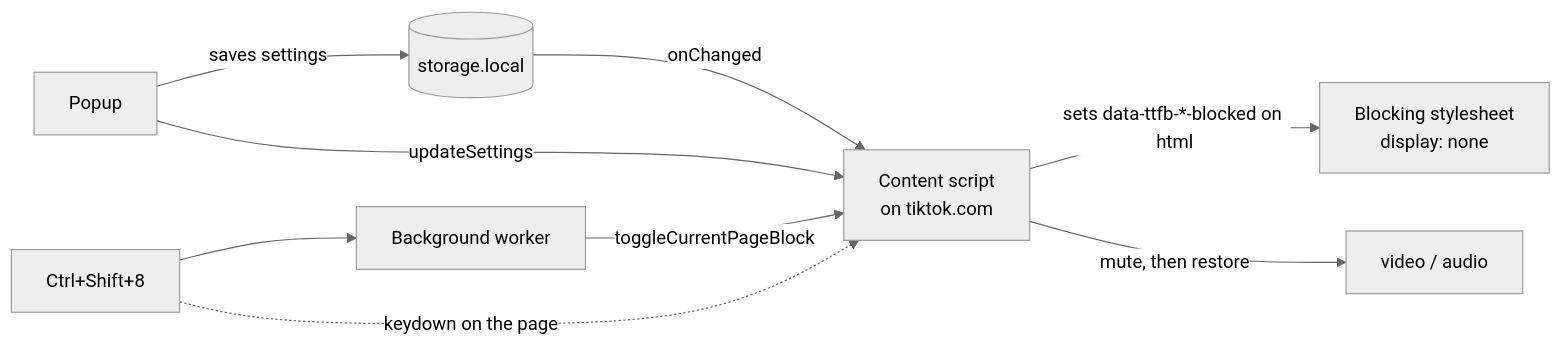
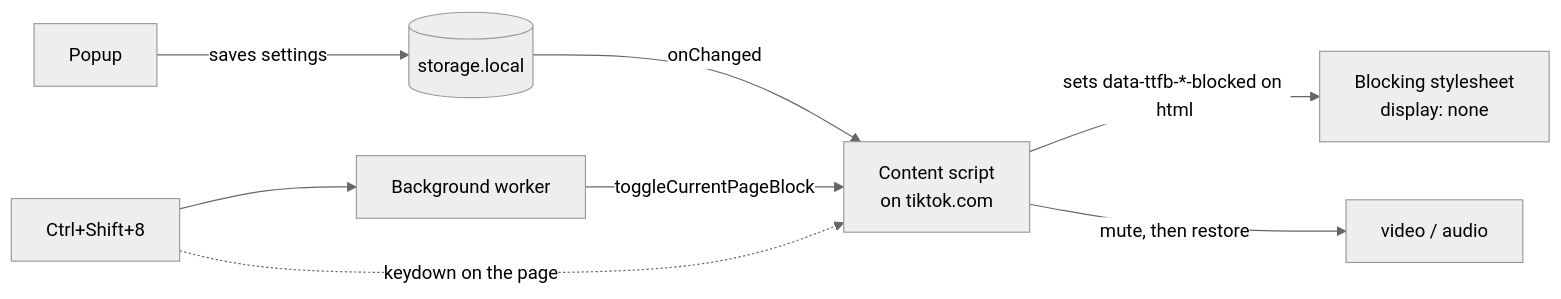
Before and after one commit to shbernal/tiktok-feed-blocker: the diagram in README.md, drawn with Mermaid (neutral theme).

Commit message:
docs: drop the popup-to-content updateSettings edge from the README diagram (#22)

````diff
--- a/README.md
+++ b/README.md
@@ -71,11 +71,10 @@
 ```mermaid
 flowchart LR
   popup["Popup"] -- "saves settings" --> storage[("storage.local")]
   storage -- "onChanged" --> content
-  popup -- "updateSettings" --> content
   keys["Ctrl+Shift+8"] --> worker["Background worker"]
   worker -- "toggleCurrentPageBlock" --> content
   keys -. "keydown on the page" .-> content
   content["Content script<br/>on tiktok.com"] -- "sets data-ttfb-*-blocked on html" --> css["Blocking stylesheet<br/>display: none"]
   content -- "mute, then restore" --> media["video / audio"]
 ```
````
